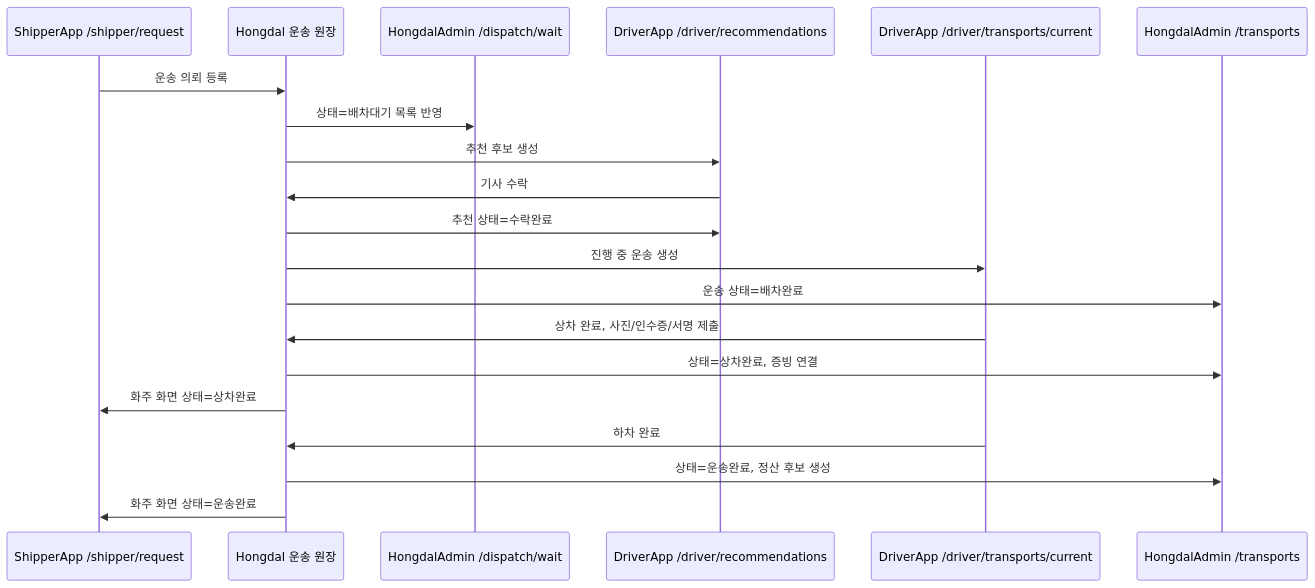
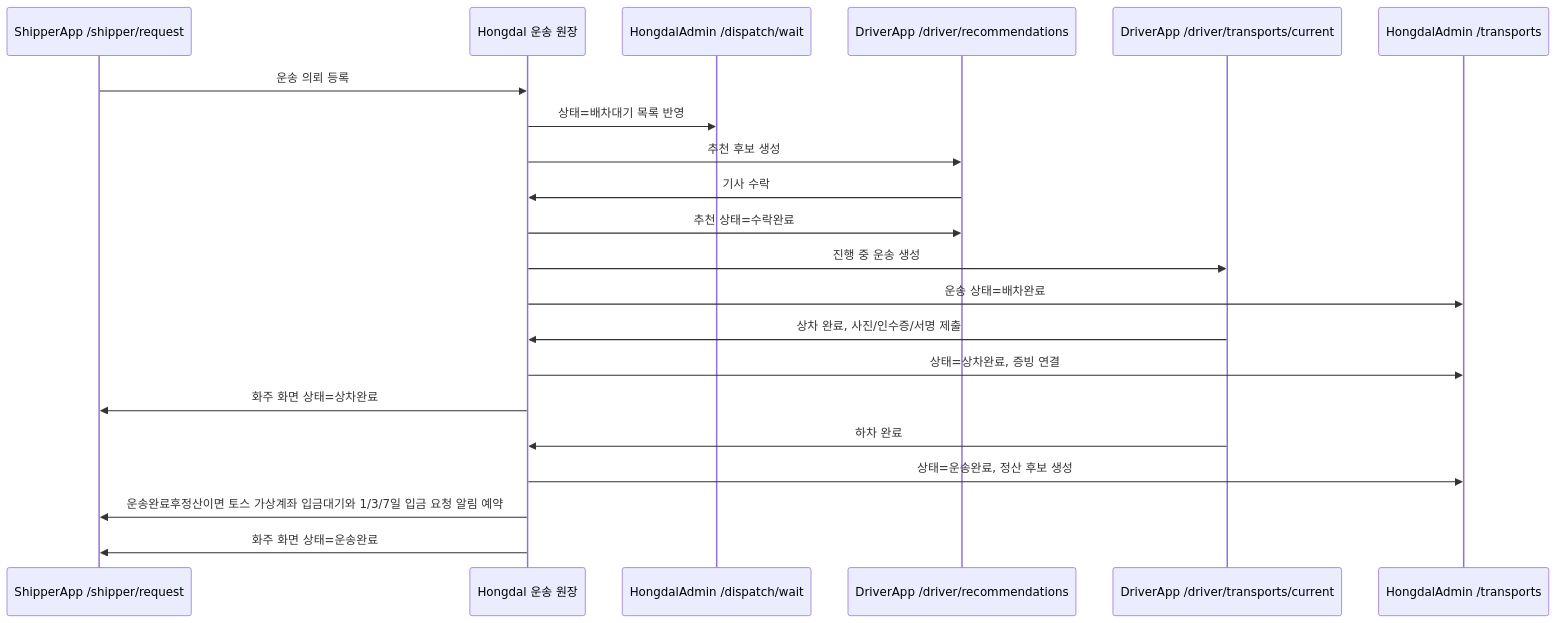
One commit to cheolwo/hongdal changed the third of 9 diagrams in docs/ProjectOverview/workflow-app-screen-map.md. Above: the diagram before and after it, drawn with Mermaid. The commit also changed other lines of this file and 409 other files, not shown here.

Commit message:
통합 운송 워크플로우와 화면 문서 정리

````diff
--- a/docs/ProjectOverview/workflow-app-screen-map.md
+++ b/docs/ProjectOverview/workflow-app-screen-map.md
@@ -96,23 +103,24 @@
 ```mermaid
 sequenceDiagram
     participant Shipper as ShipperApp /shipper/request
     participant Server as Hongdal 운송 원장
     participant AdminWait as HongdalAdmin /dispatch/wait
     participant DriverReco as DriverApp /driver/recommendations
     participant DriverRun as DriverApp /driver/transports/current
     participant AdminTrans as HongdalAdmin /transports
 
     Shipper->>Server: 운송 의뢰 등록
     Server->>AdminWait: 상태=배차대기 목록 반영
     Server->>DriverReco: 추천 후보 생성
     DriverReco->>Server: 기사 수락
     Server->>DriverReco: 추천 상태=수락완료
     Server->>DriverRun: 진행 중 운송 생성
     Server->>AdminTrans: 운송 상태=배차완료
     DriverRun->>Server: 상차 완료, 사진/인수증/서명 제출
     Server->>AdminTrans: 상태=상차완료, 증빙 연결
     Server->>Shipper: 화주 화면 상태=상차완료
     DriverRun->>Server: 하차 완료
     Server->>AdminTrans: 상태=운송완료, 정산 후보 생성
+    Server->>Shipper: 운송완료후정산이면 토스 가상계좌 입금대기와 1/3/7일 입금 요청 알림 예약
     Server->>Shipper: 화주 화면 상태=운송완료
 ```
````
